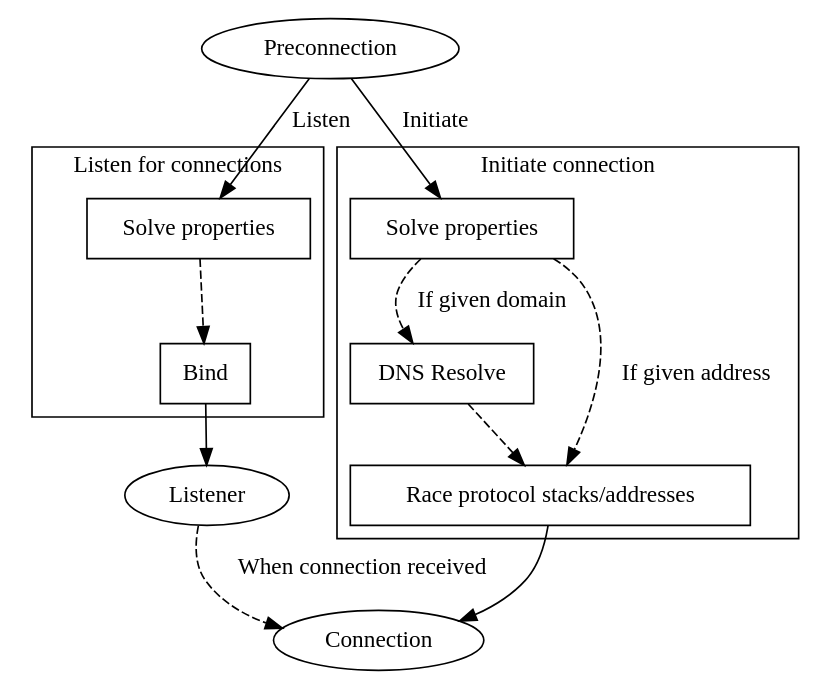
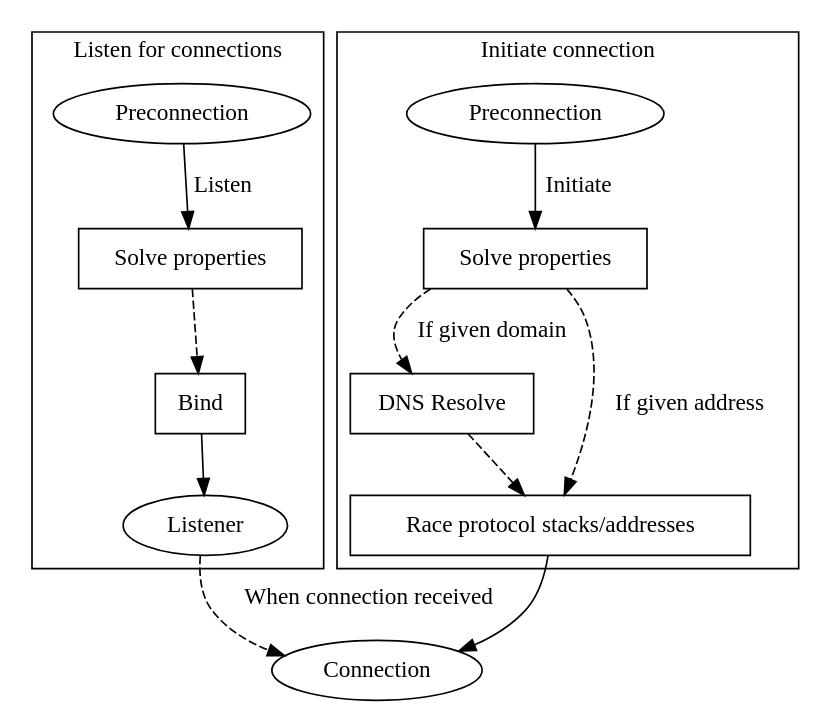
One commit to themadprofessor/l4_project changed the diagram in dissertation/diagrams/flow.dot. Above: the diagram before and after it, drawn with Graphviz. The commit also changed 3 other files, not shown here.

Commit message:
Split flow graph Emph types Compare Impl methods for Preconn with examples Restructure abstract api Explain trait objs Explain why framer is send + sync + 'static Explain happy eyeballs v2 Add more code blocks Update src

```diff
--- a/dissertation/diagrams/flow.dot
+++ b/dissertation/diagrams/flow.dot
@@ -1,31 +1,32 @@
 digraph {
-    pre [label=Preconnection];
     con [label=Connection];
-    list [label=Listener];
 
 
     subgraph cluster_list {
+        pre_list [label=Preconnection];
+        list [label=Listener];
         label="Listen for connections";
         solve_list [label="Solve properties",shape=box];
         bind [label=Bind,shape=box];
     }
 
     subgraph cluster_init {
+        pre_init [label=Preconnection];
         label="Initiate connection";
         solve [label="Solve properties",shape=box];
         resolve [label="DNS Resolve",shape=box];
         race [label="Race protocol stacks/addresses",shape=box];
     }
 
-    pre -> solve [label="Initiate"];
+    pre_init -> solve [label="Initiate"];
     solve -> resolve [label="If given domain",style=dashed];
     resolve -> race [style=dashed];
     race -> con;
 
     solve -> race [label="If given address",style=dashed];
 
-    pre -> solve_list [label="Listen"];
+    pre_list -> solve_list [label="Listen"];
     solve_list -> bind [style=dashed];
     bind -> list;
     list -> con [style=dashed,label="When connection received"];
 }
```
